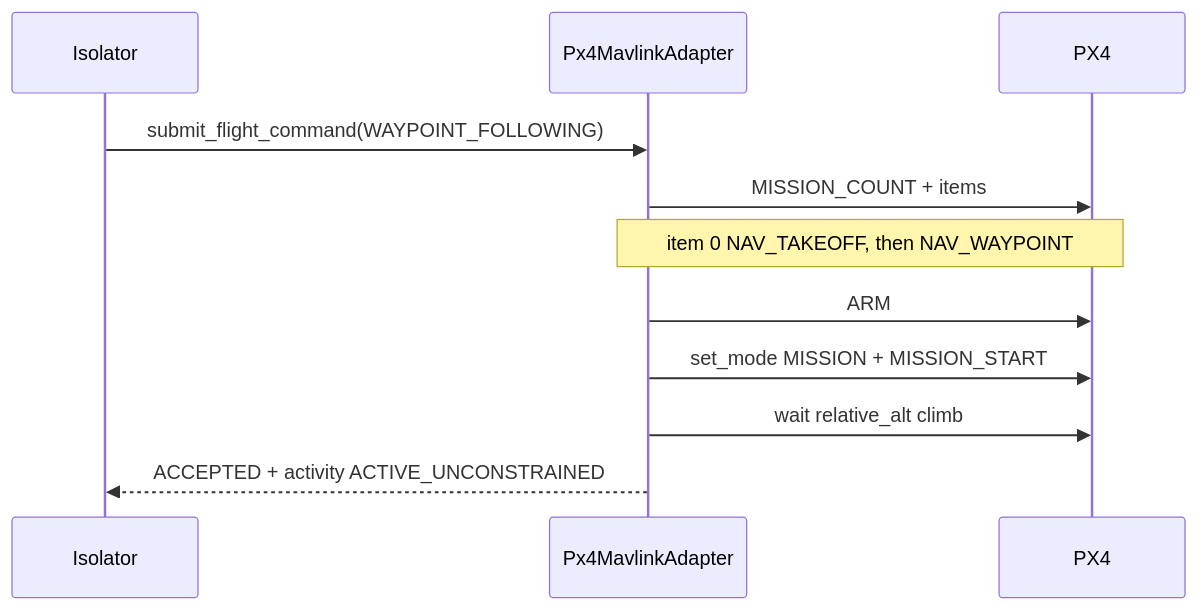
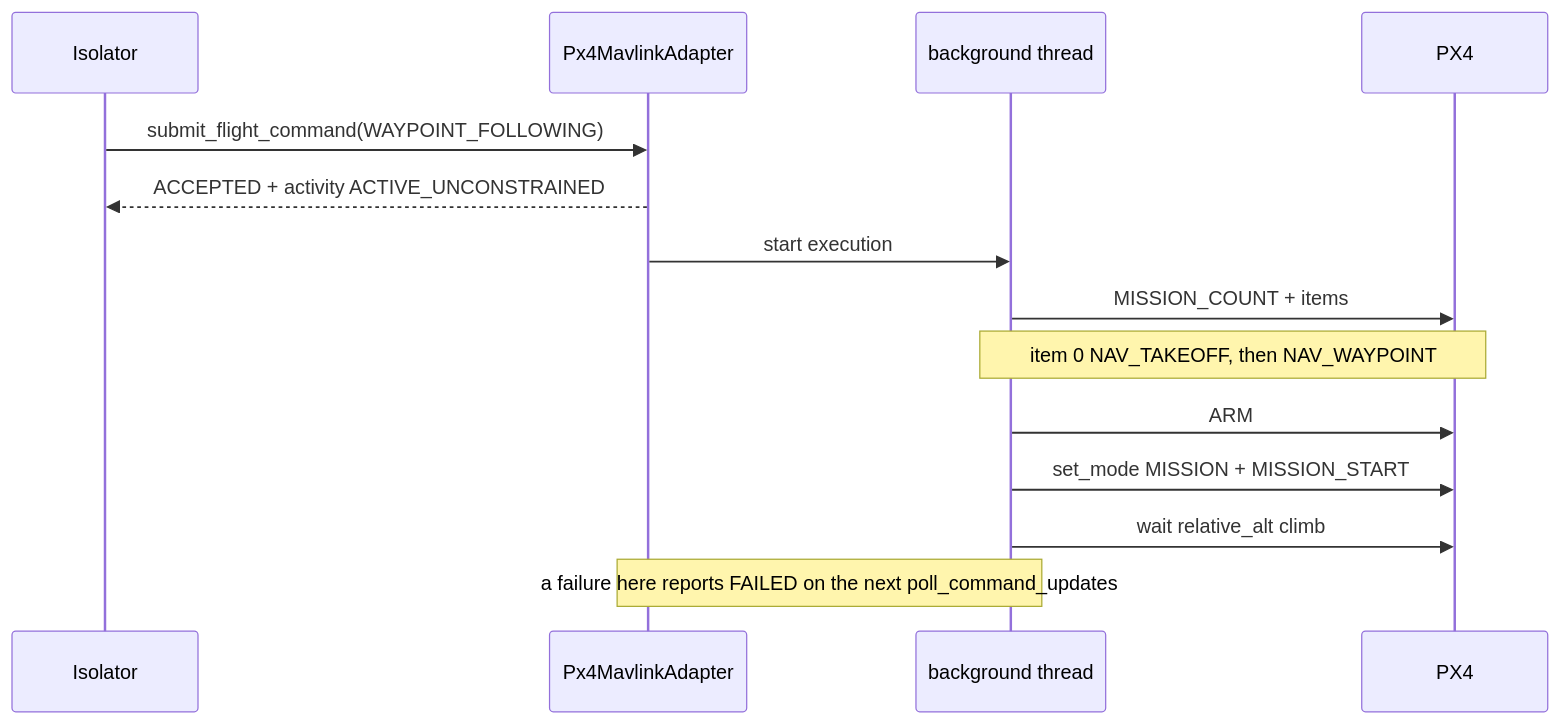
One commit to OpenAutonomy/open-vi changed the second of 2 diagrams in docs/platforms/px4/README.md. Above: the diagram before and after it, drawn with Mermaid. The commit also changed other lines of this file and 9 other files, not shown here.

First line of the commit message:
Run PX4 command execution off the Isolator thread

````diff
--- a/docs/platforms/px4/README.md
+++ b/docs/platforms/px4/README.md
@@ -156,14 +164,17 @@
 ```mermaid
 sequenceDiagram
   participant Iso as Isolator
   participant Px4 as Px4MavlinkAdapter
+  participant Exec as background thread
   participant FC as PX4
 
   Iso->>Px4: submit_flight_command(WAYPOINT_FOLLOWING)
-  Px4->>FC: MISSION_COUNT + items
-  Note over Px4,FC: item 0 NAV_TAKEOFF, then NAV_WAYPOINT
-  Px4->>FC: ARM
-  Px4->>FC: set_mode MISSION + MISSION_START
-  Px4->>FC: wait relative_alt climb
   Px4-->>Iso: ACCEPTED + activity ACTIVE_UNCONSTRAINED
+  Px4->>Exec: start execution
+  Exec->>FC: MISSION_COUNT + items
+  Note over Exec,FC: item 0 NAV_TAKEOFF, then NAV_WAYPOINT
+  Exec->>FC: ARM
+  Exec->>FC: set_mode MISSION + MISSION_START
+  Exec->>FC: wait relative_alt climb
+  Note over Px4,Exec: a failure here reports FAILED on the next poll_command_updates
 ```
````
